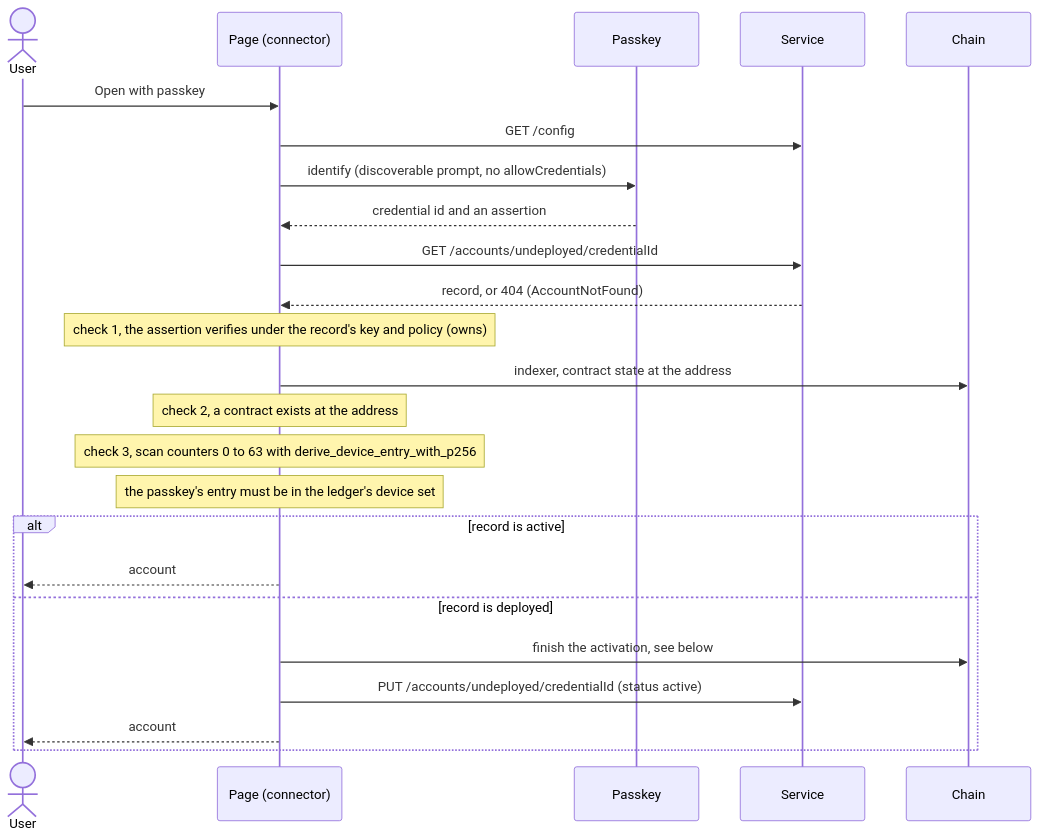
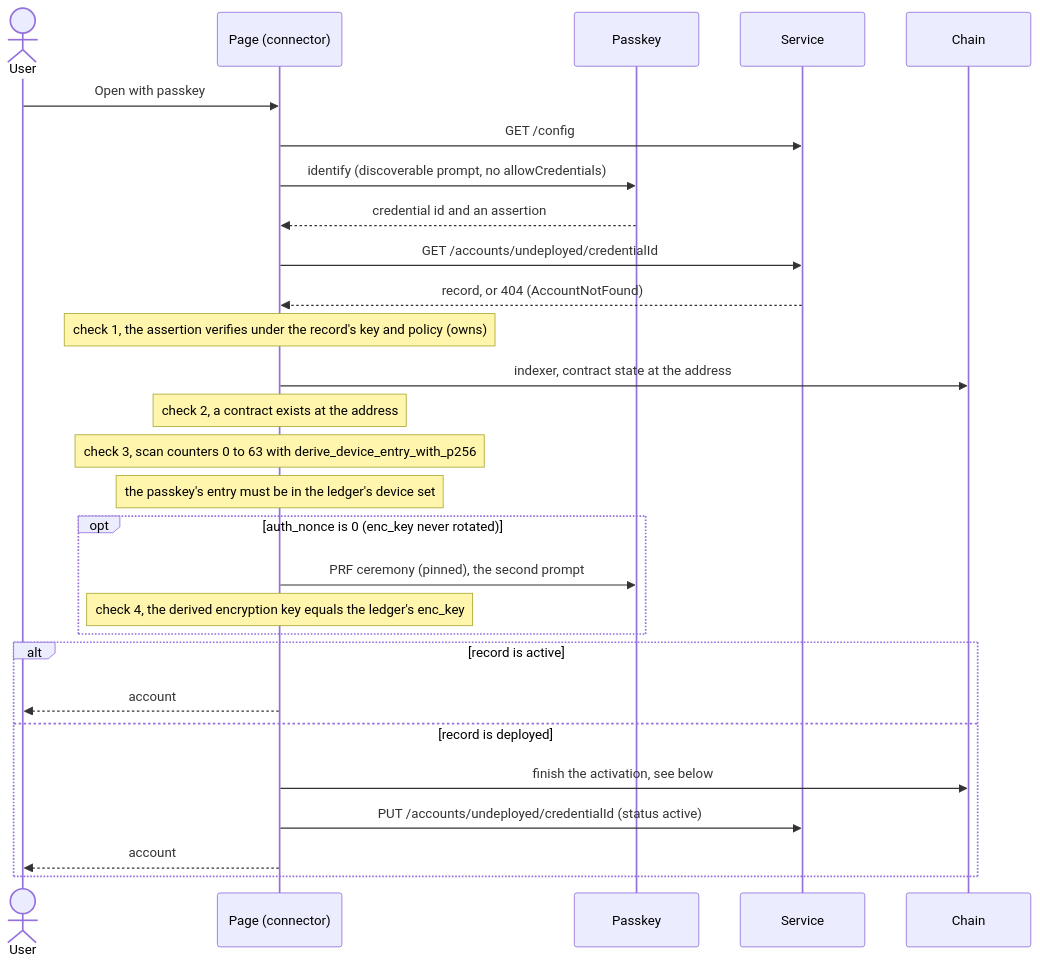
Before and after one commit to input-output-hk/midnight-passport-sdk: the second of 5 diagrams in docs/prototype/flows.md, drawn with Mermaid. The commit also changed other lines of this file and 3 other files, not shown here.

First line of the commit message:
docs(prototype): the account API, its events, retireAuthority and the enc_key check

````diff
--- a/docs/prototype/flows.md
+++ b/docs/prototype/flows.md
@@ -109,26 +123,30 @@
 ```mermaid
 sequenceDiagram
   actor U as User
   participant P as Page (connector)
   participant K as Passkey
   participant S as Service
   participant C as Chain
   U->>P: Open with passkey
   P->>S: GET /config
   P->>K: identify (discoverable prompt, no allowCredentials)
   K-->>P: credential id and an assertion
   P->>S: GET /accounts/undeployed/credentialId
   S-->>P: record, or 404 (AccountNotFound)
   Note over P: check 1, the assertion verifies under the record's key and policy (owns)
   P->>C: indexer, contract state at the address
   Note over P: check 2, a contract exists at the address
   Note over P: check 3, scan counters 0 to 63 with derive_device_entry_with_p256
   Note over P: the passkey's entry must be in the ledger's device set
+  opt auth_nonce is 0 (enc_key never rotated)
+    P->>K: PRF ceremony (pinned), the second prompt
+    Note over P: check 4, the derived encryption key equals the ledger's enc_key
+  end
   alt record is active
     P-->>U: account
   else record is deployed
     P->>C: finish the activation, see below
     P->>S: PUT /accounts/undeployed/credentialId (status active)
     P-->>U: account
   end
 ```
````
